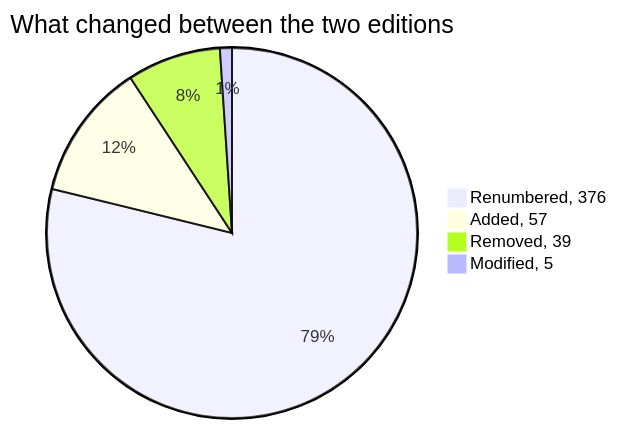
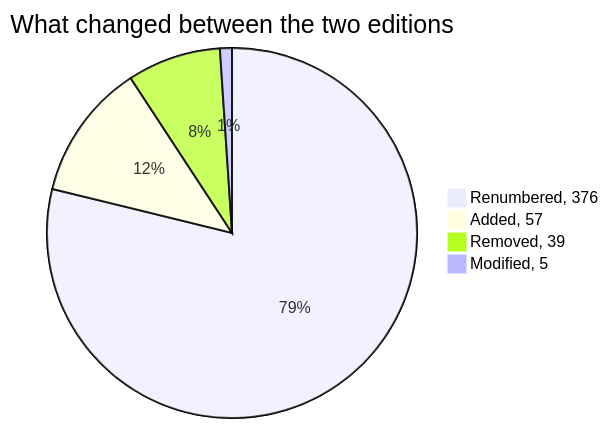
Diagram 11 of 15 in README.md (yerramsettysuchita/sanhita), drawn with Mermaid before and after one commit.

Commit message:
Sanhita - SEBI - 2026

````diff
--- a/README.md
+++ b/README.md
@@ -868,8 +868,9 @@
 ```mermaid
+%%{init: {"pie": {"textPosition": 0.55}, "themeVariables": {"pieOuterStrokeWidth": "1px", "pieSectionTextSize": "16px", "pieLegendTextSize": "16px"}}}%%
 pie
     title What changed between the two editions
     "Renumbered, 376" : 376
     "Added, 57" : 57
     "Removed, 39" : 39
     "Modified, 5" : 5
 ```
````
